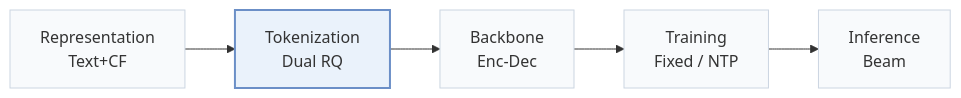
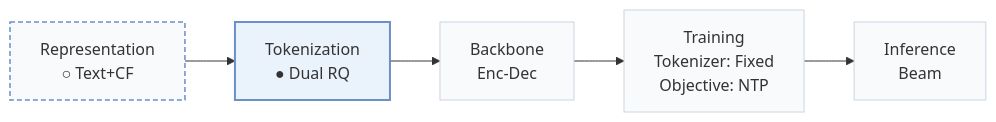
One commit to Galaxy-ghost/Awesome-SID-Generative-Rec changed the first of 2 diagrams in pages/papers/das.md. Above: the diagram before and after it, drawn with Mermaid. The commit also changed other lines of this file and 558 other files, not shown here.

````diff
--- a/pages/papers/das.md
+++ b/pages/papers/das.md
@@ -15,8 +18,10 @@
 ```mermaid
 flowchart LR
-    R["Representation<br/>Text+CF"] --> T["Tokenization<br/>Dual RQ"] --> B["Backbone<br/>Enc-Dec"] --> TR["Training<br/>Fixed / NTP"] --> I["Inference<br/>Beam"]
+    R["Representation<br/>○ Text+CF"] --> T["Tokenization<br/>● Dual RQ"] --> B["Backbone<br/>Enc-Dec"] --> TR["Training<br/>Tokenizer: Fixed<br/>Objective: NTP"] --> I["Inference<br/>Beam"]
     classDef base fill:#f8fafc,stroke:#cbd5e1
     class R,T,B,TR,I base
+    classDef other fill:#f8fafc,stroke:#6b8fc7,stroke-width:1.5px,stroke-dasharray:5 3
+    class R other
     classDef main fill:#eaf2fb,stroke:#6b8fc7,stroke-width:2px
     class T main
 ```
````
